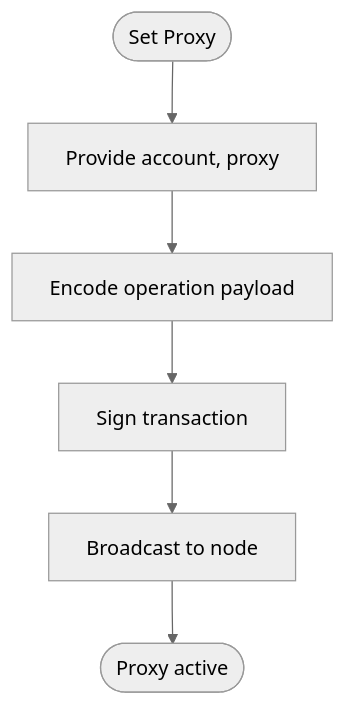
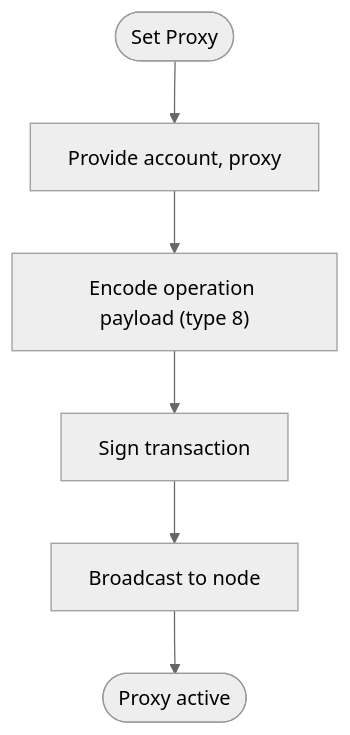
The fourth of 9 diagrams in .qoder/repowiki/en/content/Transaction Management/Operation Types/Governance Operations.md (VIZ-Blockchain/viz-php-lib), drawn with Mermaid (neutral theme) before and after one commit. The commit also changed other lines of this file and 8 other files, not shown here.

````diff
--- a/.qoder/repowiki/en/content/Transaction Management/Operation Types/Governance Operations.md
+++ b/.qoder/repowiki/en/content/Transaction Management/Operation Types/Governance Operations.md
@@ -141,8 +145,8 @@
 ```mermaid
 flowchart TD
 Start(["Set Proxy"]) --> Params["Provide account, proxy"]
-Params --> Build["Encode operation payload"]
+Params --> Build["Encode operation payload (type 8)"]
 Build --> Sign["Sign transaction"]
 Sign --> Broadcast["Broadcast to node"]
 Broadcast --> End(["Proxy active"])
 ```
````
